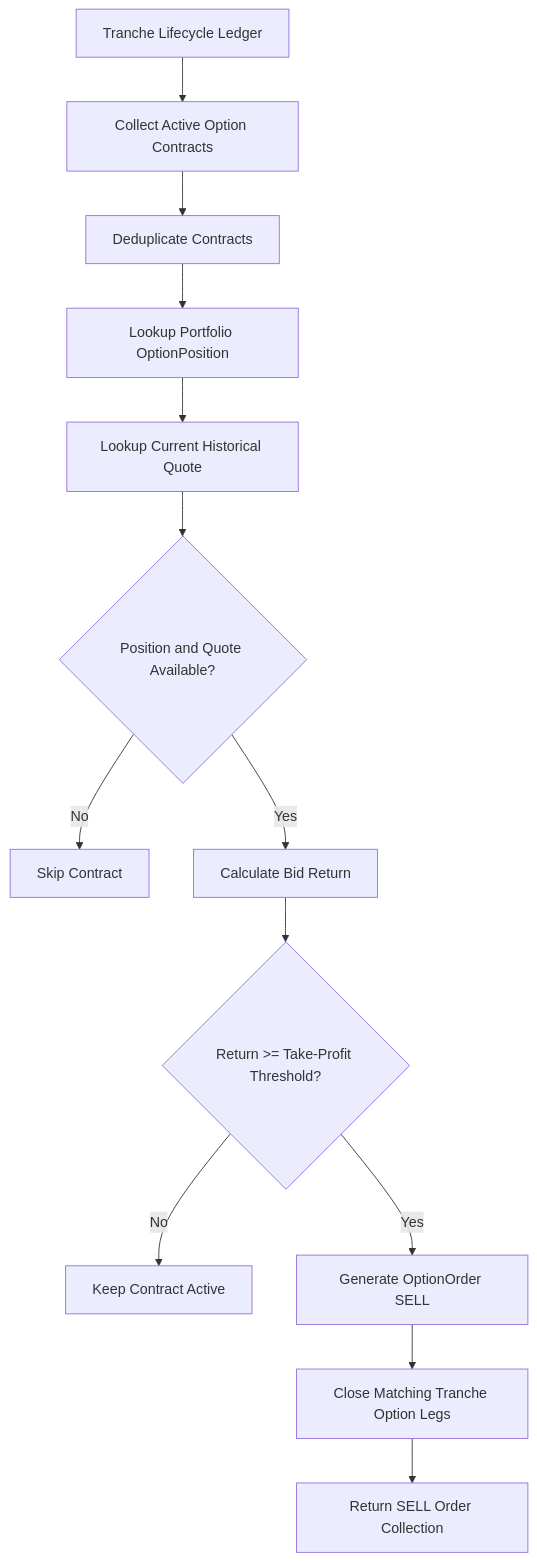
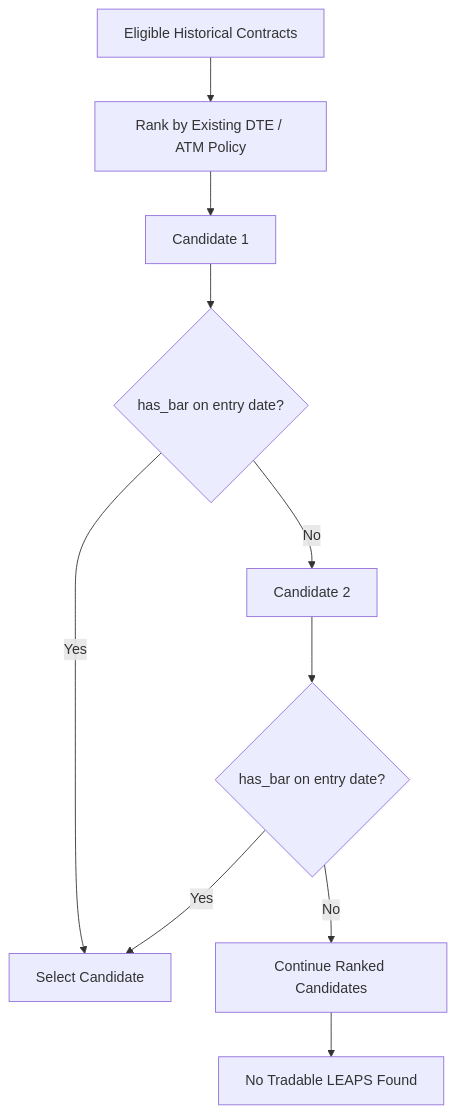
One commit to Kalvin-avenger/QuantResearch changed the fourth of 6 diagrams in docs/ARCHITECTURE.md. Above: the diagram before and after it, drawn with Mermaid. The commit also changed other lines of this file and 4 other files, not shown here.

````diff
--- a/docs/ARCHITECTURE.md
+++ b/docs/ARCHITECTURE.md
@@ -249,15 +188,12 @@
 ```mermaid
 flowchart TD
-    A[Tranche Lifecycle Ledger] --> B[Collect Active Option Contracts]
-    B --> C[Deduplicate Contracts]
-    C --> D[Lookup Portfolio OptionPosition]
-    D --> E[Lookup Current Historical Quote]
-    E --> F{Position and Quote Available?}
-    F -- No --> G[Skip Contract]
-    F -- Yes --> H[Calculate Bid Return]
-    H --> I{Return >= Take-Profit Threshold?}
-    I -- No --> J[Keep Contract Active]
-    I -- Yes --> K[Generate OptionOrder SELL]
-    K --> L[Close Matching Tranche Option Legs]
-    L --> M[Return SELL Order Collection]
+    U[Eligible Historical Contracts] --> R[Rank by Existing DTE / ATM Policy]
+    R --> C1[Candidate 1]
+    C1 --> H1{has_bar on entry date?}
+    H1 -->|Yes| S[Select Candidate]
+    H1 -->|No| C2[Candidate 2]
+    C2 --> H2{has_bar on entry date?}
+    H2 -->|Yes| S
+    H2 -->|No| CN[Continue Ranked Candidates]
+    CN --> N[No Tradable LEAPS Found]
 ```
````
